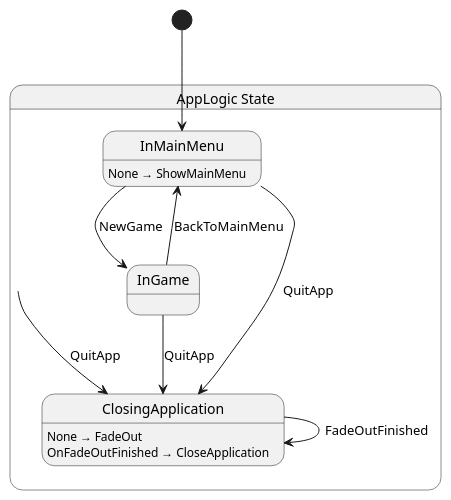
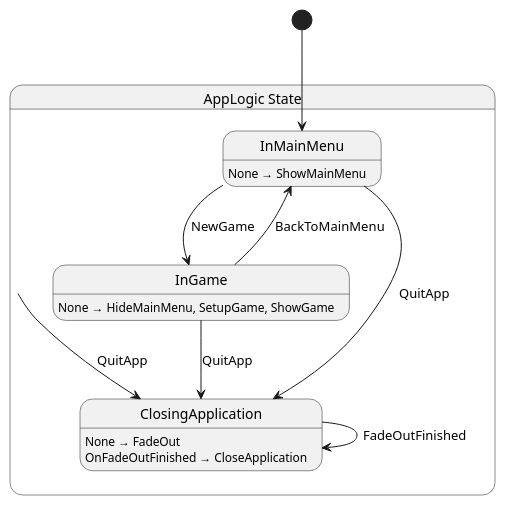
The diagram in src/app/App.g.puml (Nilsiker/Adventure), drawn with PlantUML before and after one commit. The commit also changed 5 other files, not shown here.

Commit message:
use signals between main menu and app

```diff
--- a/src/app/App.g.puml
+++ b/src/app/App.g.puml
@@ -1,20 +1,21 @@
 @startuml AppLogic
 state "AppLogic State" as Shellguard_AppLogic_State {
   state "InMainMenu" as Shellguard_AppLogic_State_InMainMenu
   state "InGame" as Shellguard_AppLogic_State_InGame
   state "ClosingApplication" as Shellguard_AppLogic_State_ClosingApplication
 }
 
 Shellguard_AppLogic_State --> Shellguard_AppLogic_State_ClosingApplication : QuitApp
 Shellguard_AppLogic_State_ClosingApplication --> Shellguard_AppLogic_State_ClosingApplication : FadeOutFinished
 Shellguard_AppLogic_State_InGame --> Shellguard_AppLogic_State_ClosingApplication : QuitApp
 Shellguard_AppLogic_State_InGame --> Shellguard_AppLogic_State_InMainMenu : BackToMainMenu
 Shellguard_AppLogic_State_InMainMenu --> Shellguard_AppLogic_State_ClosingApplication : QuitApp
 Shellguard_AppLogic_State_InMainMenu --> Shellguard_AppLogic_State_InGame : NewGame
 
 Shellguard_AppLogic_State_ClosingApplication : None → FadeOut
 Shellguard_AppLogic_State_ClosingApplication : OnFadeOutFinished → CloseApplication
+Shellguard_AppLogic_State_InGame : None → HideMainMenu, SetupGame, ShowGame
 Shellguard_AppLogic_State_InMainMenu : None → ShowMainMenu
 
 [*] --> Shellguard_AppLogic_State_InMainMenu
 @enduml
```
